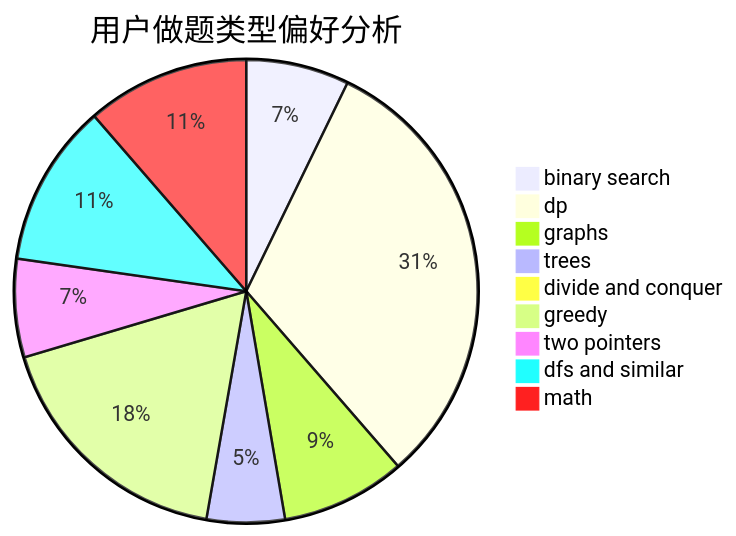
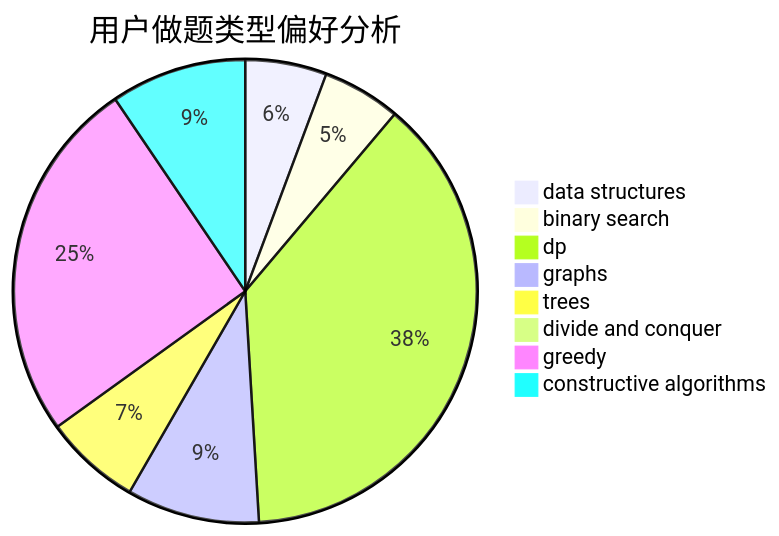
One commit to sherpahu/cfrs.github.io changed the second of 3 diagrams in docs/user/u383.md. Above: the diagram before and after it, drawn with Mermaid. The commit also changed other lines of this file and 2775 other files, not shown here.

````diff
--- a/docs/user/u383.md
+++ b/docs/user/u383.md
@@ -23,12 +23,11 @@
 ```mermaid
 pie title 用户做题类型偏好分析
-    "binary search" :  107
-    "dp" :  467
-    "graphs" :  129
-    "trees" :  81
+    "data structures" :  27
+    "binary search" :  26
+    "dp" :  180
+    "graphs" :  44
+    "trees" :  32
     "divide and conquer" :  0
-    "greedy" :  262
-    "two pointers" :  102
-    "dfs and similar" :  169
-    "math" :  169
+    "greedy" :  121
+    "constructive algorithms" :  45
 ```
````
